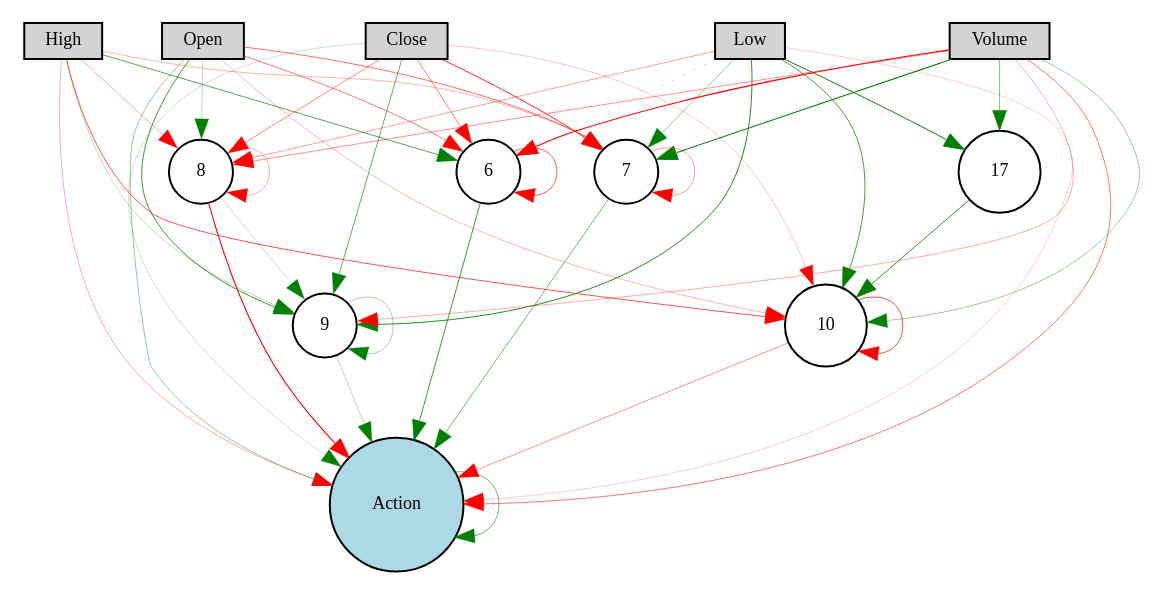
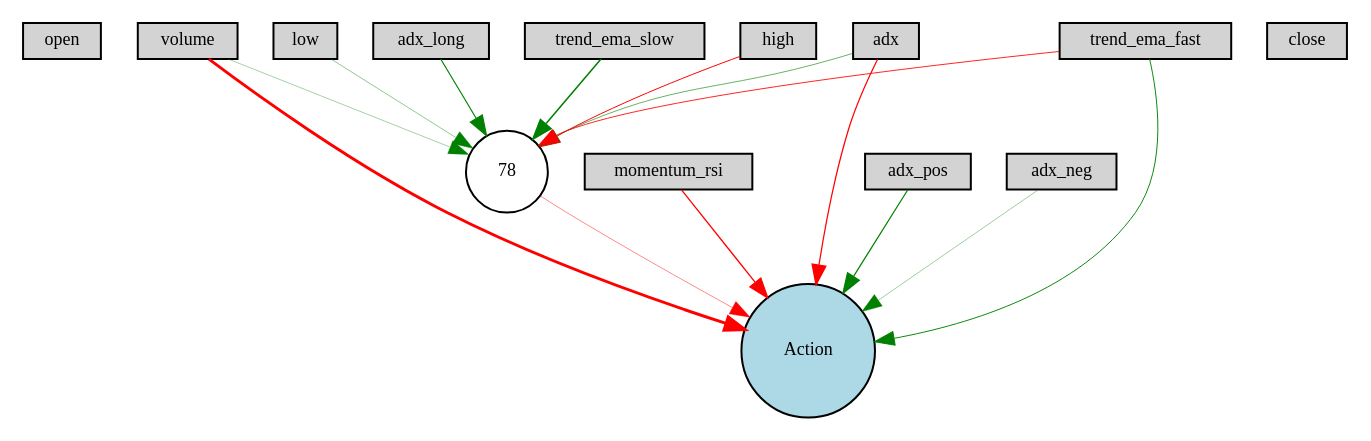
The diagram in Digraph.gv (luyh/trader), drawn with Graphviz before and after one commit. The commit also changed 26 other files, not shown here.

```diff
--- a/Digraph.gv
+++ b/Digraph.gv
@@ -1,60 +1,31 @@
 digraph {
 	node [fontsize=9 height=0.2 shape=circle width=0.2]
-	Open [fillcolor=lightgray shape=box style=filled]
-	High [fillcolor=lightgray shape=box style=filled]
-	Low [fillcolor=lightgray shape=box style=filled]
-	Close [fillcolor=lightgray shape=box style=filled]
-	Volume [fillcolor=lightgray shape=box style=filled]
+	open [fillcolor=lightgray shape=box style=filled]
+	high [fillcolor=lightgray shape=box style=filled]
+	low [fillcolor=lightgray shape=box style=filled]
+	close [fillcolor=lightgray shape=box style=filled]
+	volume [fillcolor=lightgray shape=box style=filled]
+	momentum_rsi [fillcolor=lightgray shape=box style=filled]
+	adx [fillcolor=lightgray shape=box style=filled]
+	adx_long [fillcolor=lightgray shape=box style=filled]
+	adx_pos [fillcolor=lightgray shape=box style=filled]
+	adx_neg [fillcolor=lightgray shape=box style=filled]
+	trend_ema_fast [fillcolor=lightgray shape=box style=filled]
+	trend_ema_slow [fillcolor=lightgray shape=box style=filled]
 	Action [fillcolor=lightblue style=filled]
-	6 [fillcolor=white style=filled]
-	7 [fillcolor=white style=filled]
-	8 [fillcolor=white style=filled]
-	9 [fillcolor=white style=filled]
-	10 [fillcolor=white style=filled]
-	17 [fillcolor=white style=filled]
-	Open -> 6 [color=red penwidth=0.27139945934174503 style=solid]
-	Open -> 7 [color=red penwidth=0.2862485909408561 style=solid]
-	Open -> 8 [color=green penwidth=0.1355339563726749 style=solid]
-	Open -> 9 [color=green penwidth=0.40278789208582877 style=solid]
-	Open -> 10 [color=red penwidth=0.14924835268392542 style=solid]
-	High -> 6 [color=green penwidth=0.33854663233788573 style=solid]
-	High -> 7 [color=red penwidth=0.1536723229514732 style=solid]
-	High -> 8 [color=red penwidth=0.1656194584404015 style=solid]
-	High -> 9 [color=green penwidth=0.131022830246615 style=solid]
-	High -> 10 [color=red penwidth=0.3398934973514226 style=solid]
-	Low -> 6 [color=green penwidth=0.1271231391702101 style=dotted]
-	Low -> 7 [color=green penwidth=0.22256181220977345 style=solid]
-	Low -> 8 [color=red penwidth=0.1911650118140794 style=solid]
-	Low -> 9 [color=green penwidth=0.4356812866061601 style=solid]
-	Low -> 10 [color=green penwidth=0.36897019168302514 style=solid]
-	Close -> 6 [color=red penwidth=0.25725082412444733 style=solid]
-	Close -> 7 [color=red penwidth=0.4302326726966029 style=solid]
-	Close -> 8 [color=red penwidth=0.24102442659815262 style=solid]
-	Close -> 9 [color=green penwidth=0.30960463575872843 style=solid]
-	Close -> 10 [color=red penwidth=0.12144808005829673 style=solid]
-	Volume -> 6 [color=red penwidth=0.5442047688336009 style=solid]
-	Volume -> 7 [color=green penwidth=0.5094495197658249 style=solid]
-	Volume -> 8 [color=red penwidth=0.21808771908782293 style=solid]
-	Volume -> 9 [color=red penwidth=0.17326629801989912 style=solid]
-	Volume -> 10 [color=green penwidth=0.20197488019796367 style=solid]
-	6 -> Action [color=green penwidth=0.3882585048494137 style=solid]
-	7 -> Action [color=green penwidth=0.29192955403527154 style=solid]
-	8 -> Action [color=red penwidth=0.5594502837913902 style=solid]
-	9 -> Action [color=green penwidth=0.14037195296685046 style=solid]
-	10 -> Action [color=red penwidth=0.21888447187034182 style=solid]
-	Open -> Action [color=green penwidth=0.20549862472310426 style=solid]
-	High -> Action [color=red penwidth=0.16537599085646976 style=solid]
-	Low -> Action [color=red penwidth=0.10050313581145548 style=solid]
-	Close -> Action [color=green penwidth=0.1066417994061708 style=solid]
-	Volume -> Action [color=red penwidth=0.26520988634035414 style=solid]
-	Action -> Action [color=green penwidth=0.2882375601417549 style=solid]
-	6 -> 6 [color=red penwidth=0.3247360890083433 style=solid]
-	7 -> 7 [color=red penwidth=0.20294926574213407 style=solid]
-	8 -> 8 [color=red penwidth=0.16758513806568087 style=solid]
-	9 -> 9 [color=green penwidth=0.1762595102003118 style=solid]
-	10 -> 10 [color=red penwidth=0.3587858259423782 style=solid]
-	Low -> 17 [color=green penwidth=0.47601104062681665 style=solid]
-	17 -> 10 [color=green penwidth=0.4117201578902513 style=solid]
-	8 -> 9 [color=green penwidth=0.12313701911534931 style=solid]
-	Volume -> 17 [color=green penwidth=0.2571620550187066 style=solid]
+	78 [fillcolor=white style=filled]
+	trend_ema_fast -> 78 [color=red penwidth=0.4346209602096218 style=solid]
+	adx -> 78 [color=green penwidth=0.30266715751189155 style=solid]
+	momentum_rsi -> Action [color=red penwidth=0.6490173886417209 style=solid]
+	adx_pos -> Action [color=green penwidth=0.5997259240682526 style=solid]
+	trend_ema_slow -> 78 [color=green penwidth=0.7706261835858866 style=solid]
+	volume -> 78 [color=green penwidth=0.17614103710939227 style=solid]
+	78 -> Action [color=red penwidth=0.2314921398298472 style=solid]
+	trend_ema_fast -> Action [color=green penwidth=0.4719719634947491 style=solid]
+	adx_neg -> Action [color=green penwidth=0.18606543218932914 style=solid]
+	volume -> Action [color=red penwidth=1.4673592988919846 style=solid]
+	adx -> Action [color=red penwidth=0.6166674158975485 style=solid]
+	high -> 78 [color=red penwidth=0.4999975823254076 style=solid]
+	low -> 78 [color=green penwidth=0.21518790194157894 style=solid]
+	adx_long -> 78 [color=green penwidth=0.5829855469945493 style=solid]
 }
```
